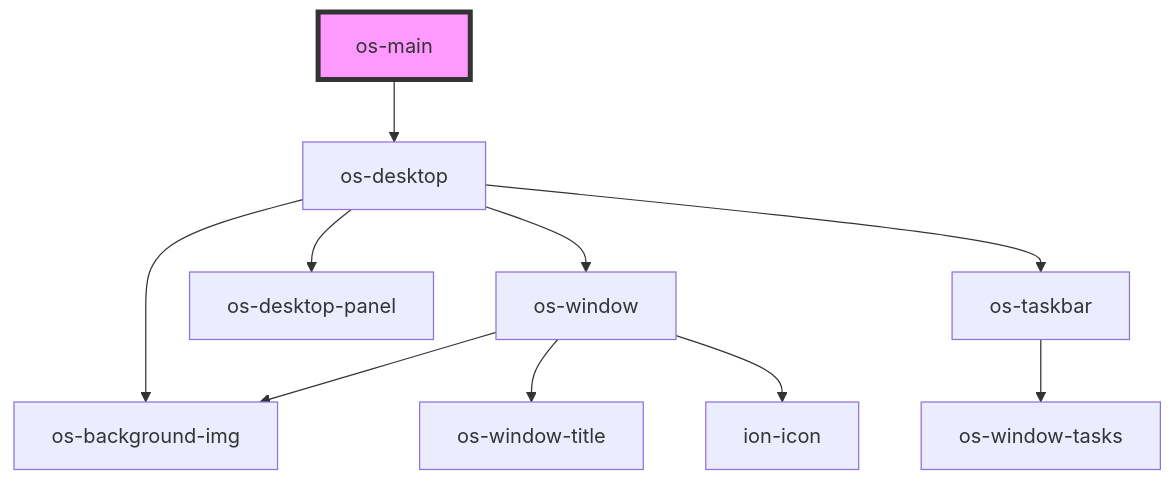
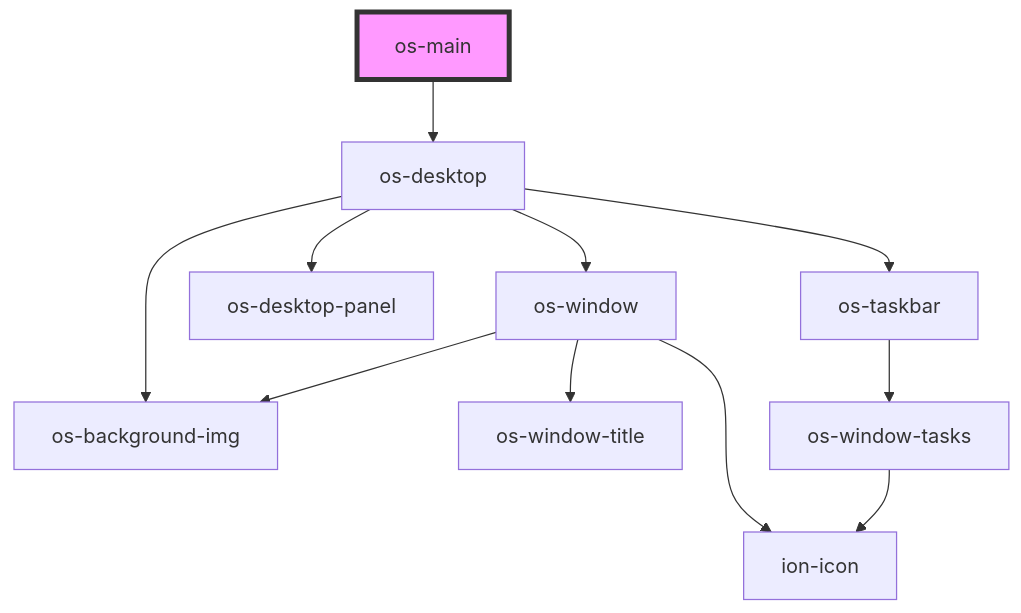
One commit to neko-chilyann/qx-os changed the diagram in src/components/os-main/readme.md. Above: the diagram before and after it, drawn with Mermaid. The commit also changed 4 other files, not shown here.

````diff
--- a/src/components/os-main/readme.md
+++ b/src/components/os-main/readme.md
@@ -15,13 +15,14 @@
 ```mermaid
 graph TD;
   os-main --> os-desktop
   os-desktop --> os-window
   os-desktop --> os-background-img
   os-desktop --> os-desktop-panel
   os-desktop --> os-taskbar
   os-window --> os-background-img
   os-window --> os-window-title
   os-window --> ion-icon
   os-taskbar --> os-window-tasks
+  os-window-tasks --> ion-icon
   style os-main fill:#f9f,stroke:#333,stroke-width:4px
 ```
````
